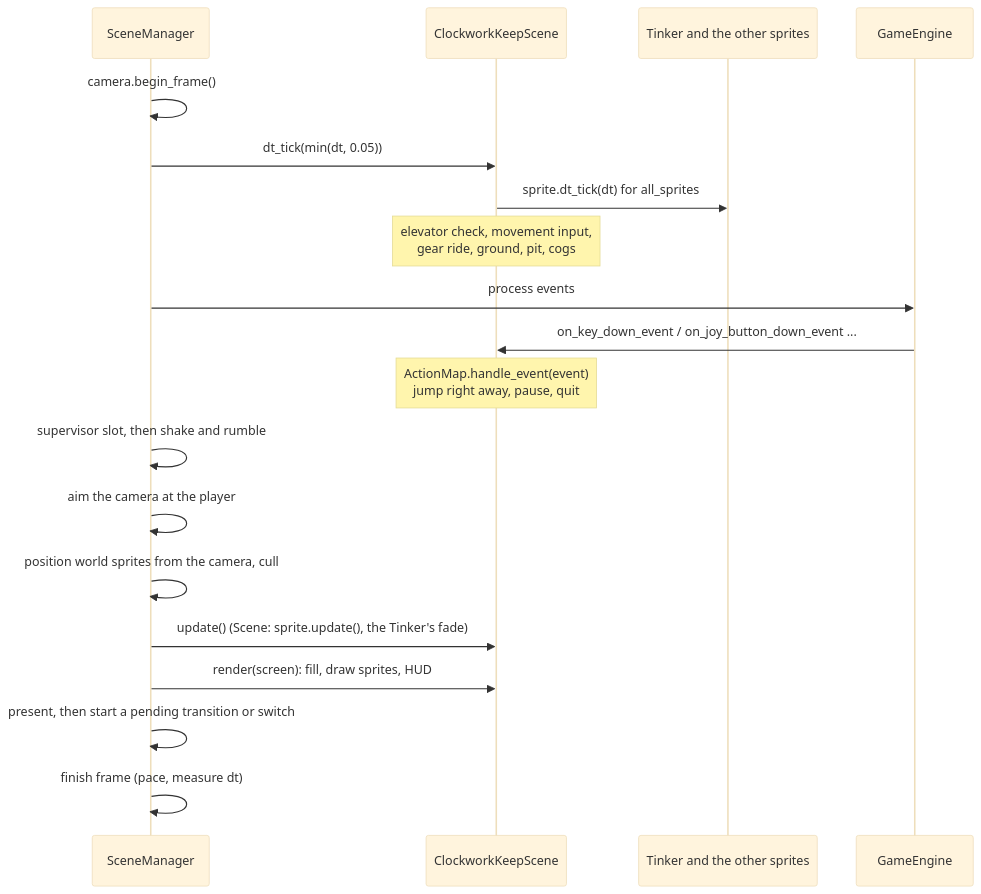
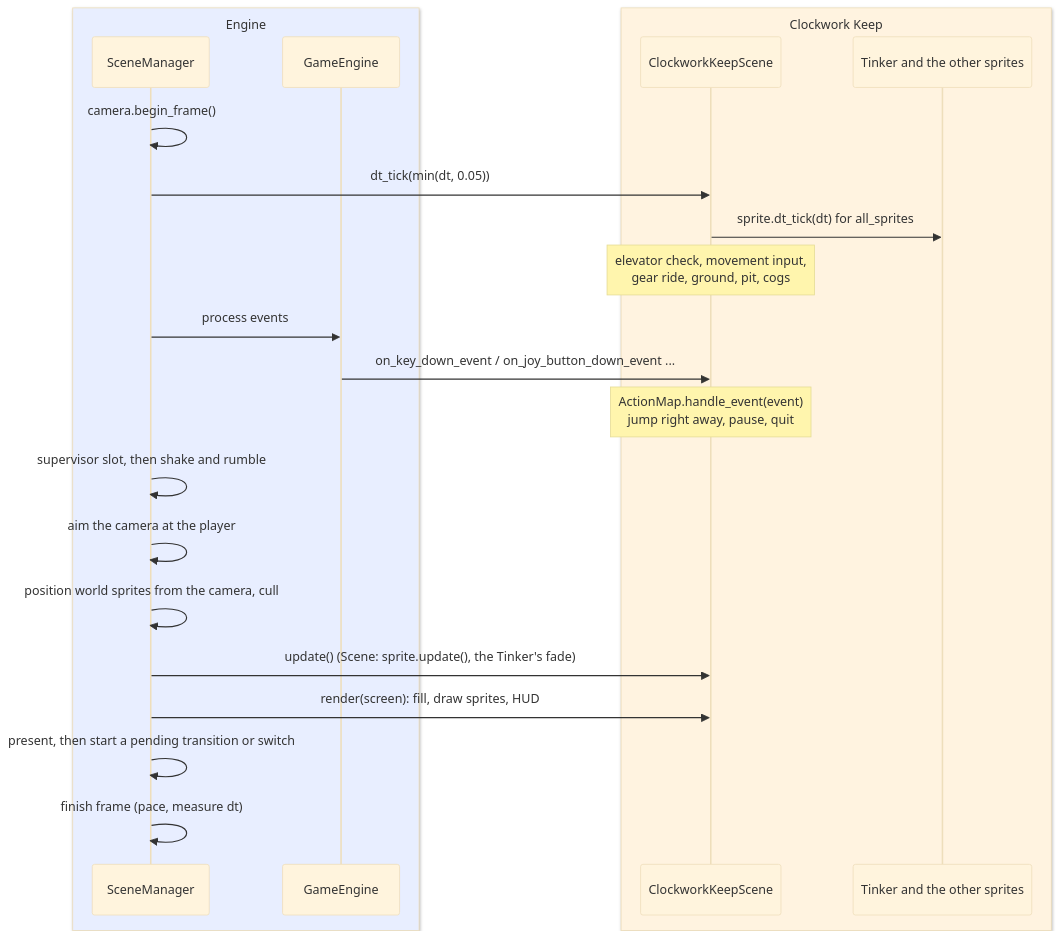
Before and after one commit to terrysimons/glitchygames: the third of 6 diagrams in docs/games/clockwork_keep.md, drawn with Mermaid (base theme). The commit also changed other lines of this file and 5 other files, not shown here.

First line of the commit message:
Docs: every diagram that mixes engine and game code shows the split

````diff
--- a/docs/games/clockwork_keep.md
+++ b/docs/games/clockwork_keep.md
@@ -349,22 +378,26 @@
 ```mermaid
 sequenceDiagram
-    participant SM as SceneManager
-    participant CKS as ClockworkKeepScene
-    participant T as Tinker and the other sprites
-    participant GE as GameEngine
+    box rgb(232,238,255) Engine
+        participant SM as SceneManager
+        participant GE as GameEngine
+    end
+    box rgb(255,243,224) Clockwork Keep
+        participant CKS as ClockworkKeepScene
+        participant T as Tinker and the other sprites
+    end
 
     SM->>SM: camera.begin_frame()
     SM->>CKS: dt_tick(min(dt, 0.05))
     CKS->>T: sprite.dt_tick(dt) for all_sprites
     Note over CKS: elevator check, movement input,<br/>gear ride, ground, pit, cogs
     SM->>GE: process events
     GE->>CKS: on_key_down_event / on_joy_button_down_event ...
     Note over CKS: ActionMap.handle_event(event)<br/>jump right away, pause, quit
     SM->>SM: supervisor slot, then shake and rumble
     SM->>SM: aim the camera at the player
     SM->>SM: position world sprites from the camera, cull
     SM->>CKS: update() (Scene: sprite.update(), the Tinker's fade)
     SM->>CKS: render(screen): fill, draw sprites, HUD
     SM->>SM: present, then start a pending transition or switch
     SM->>SM: finish frame (pace, measure dt)
 ```
````
